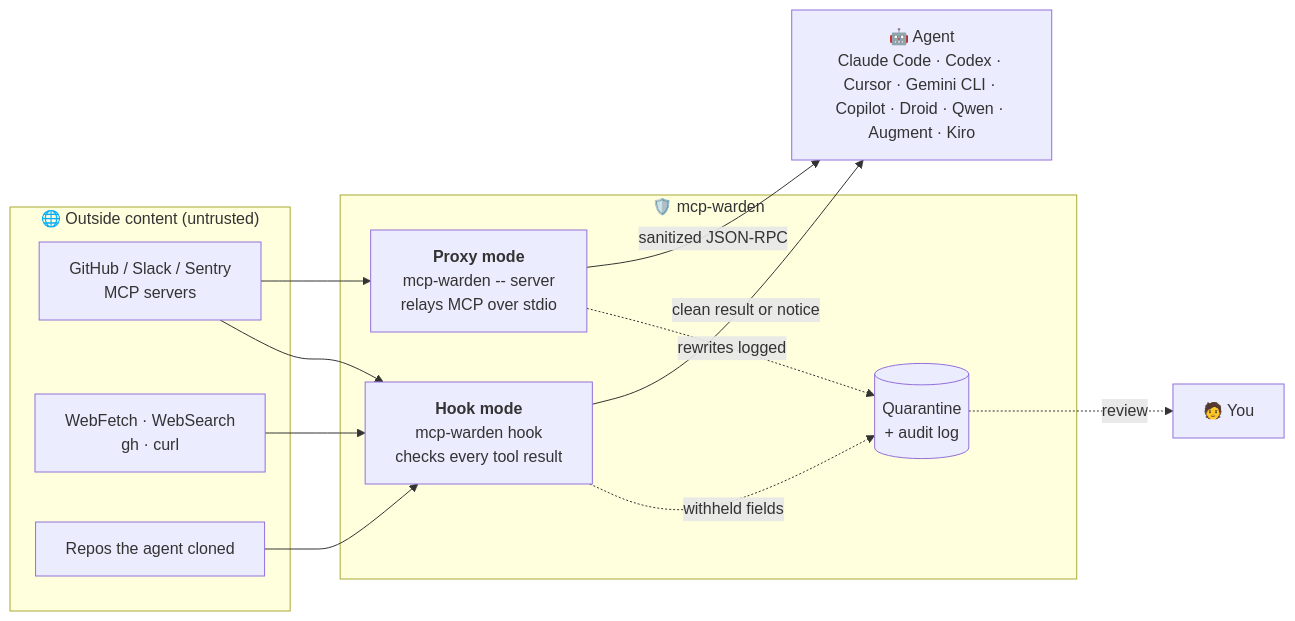
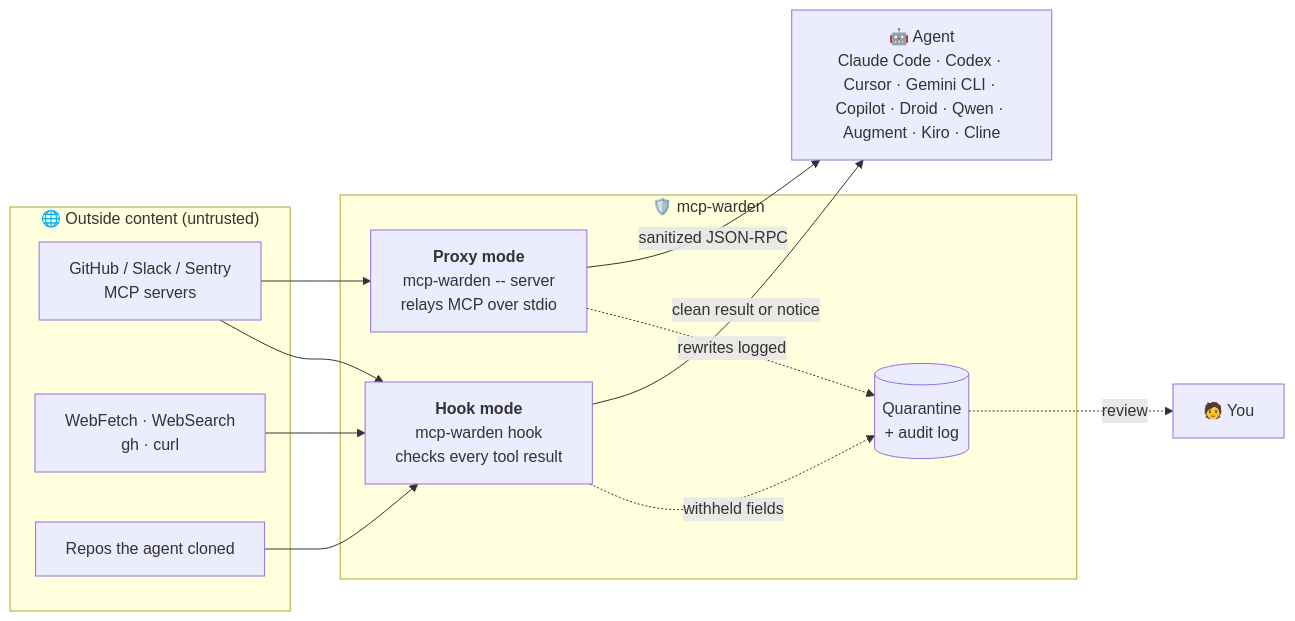
Before and after one commit to AncientiCe/mcp-warden: the first of 4 diagrams in README.md, drawn with Mermaid. The commit also changed other lines of this file and 6 other files, not shown here.

````diff
--- a/README.md
+++ b/README.md
@@ -102,27 +102,27 @@
 ```mermaid
 flowchart LR
     subgraph Outside["🌐 Outside content (untrusted)"]
         GH["GitHub / Slack / Sentry<br/>MCP servers"]
         WEB["WebFetch · WebSearch<br/>gh · curl"]
         CLONE["Repos the agent cloned"]
     end
 
     subgraph Warden["🛡️ mcp-warden"]
         HOOK["<b>Hook mode</b><br/>mcp-warden hook<br/>checks every tool result"]
         PROXY["<b>Proxy mode</b><br/>mcp-warden -- server<br/>relays MCP over stdio"]
         Q[("Quarantine<br/>+ audit log")]
     end
 
-    AGENT["🤖 Agent<br/>Claude Code · Codex · Cursor · Gemini CLI · Copilot · Droid · Qwen · Augment · Kiro"]
+    AGENT["🤖 Agent<br/>Claude Code · Codex · Cursor · Gemini CLI · Copilot · Droid · Qwen · Augment · Kiro · Cline"]
     YOU["🧑 You"]
 
     GH --> PROXY
     GH --> HOOK
     WEB --> HOOK
     CLONE --> HOOK
     HOOK -- "clean result or notice" --> AGENT
     PROXY -- "sanitized JSON-RPC" --> AGENT
     HOOK -. "withheld fields" .-> Q
     PROXY -. "rewrites logged" .-> Q
     Q -. "review" .-> YOU
 ```
````
